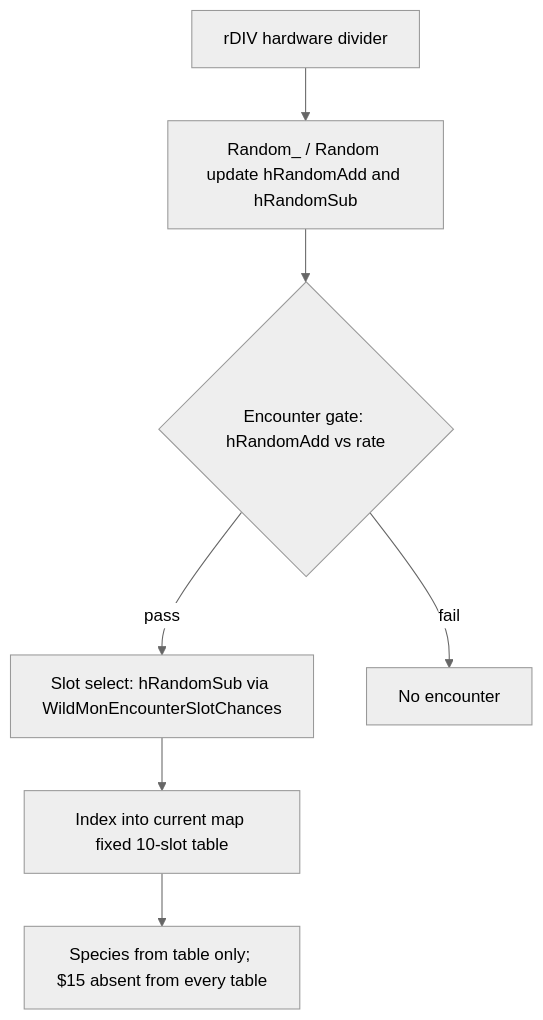
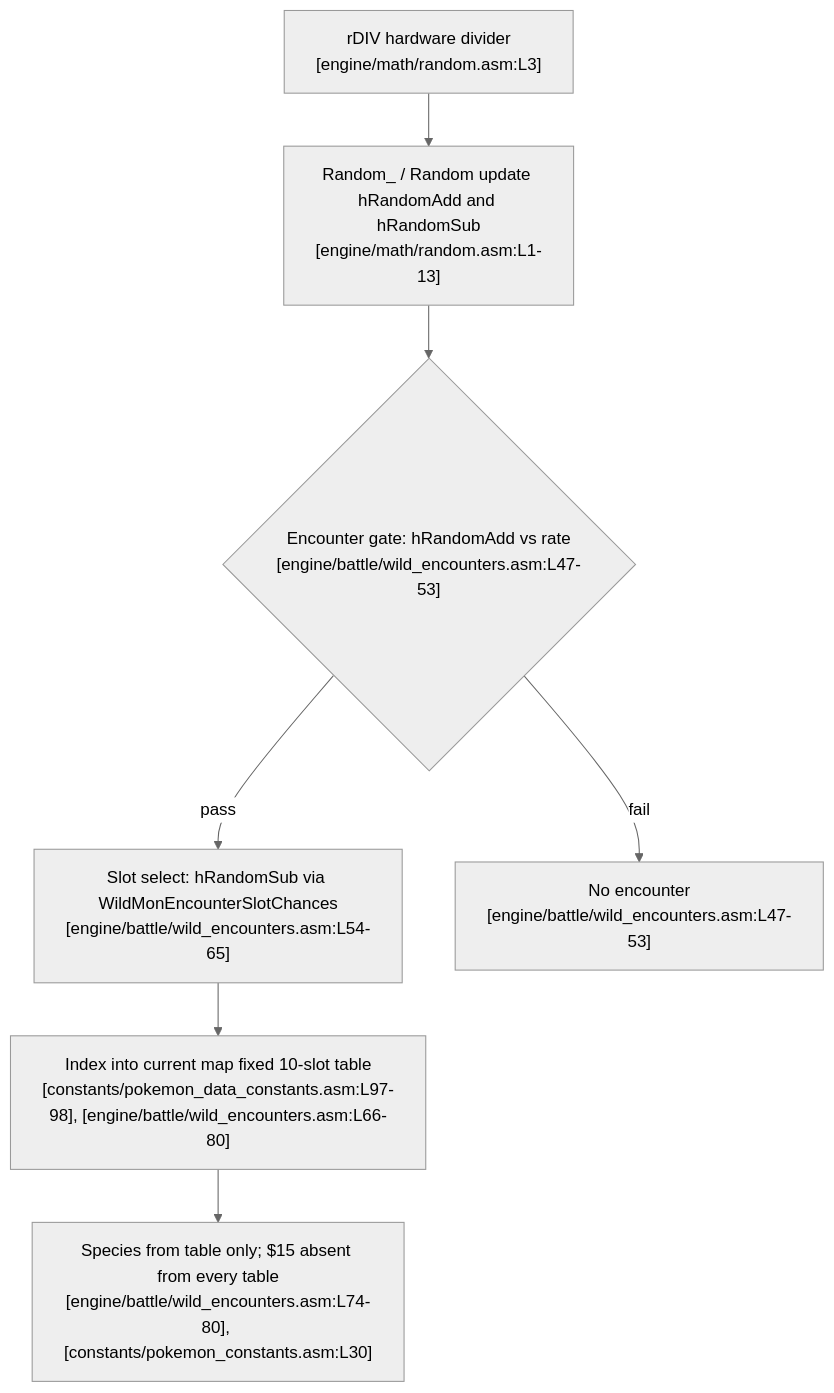
One commit to Blitzy-Sandbox/pokered changed the diagram in docs/mew-acquisition/methods/mf-3-rng-manipulation.md. Above: the diagram before and after it, drawn with Mermaid (neutral theme). The commit also changed 16 other files, not shown here.

````diff
--- a/docs/mew-acquisition/methods/mf-3-rng-manipulation.md
+++ b/docs/mew-acquisition/methods/mf-3-rng-manipulation.md
@@ -64,9 +64,9 @@
 ```mermaid
 flowchart TD
-    A["rDIV hardware divider"] --> B["Random_ / Random update hRandomAdd and hRandomSub"]
-    B --> C{"Encounter gate: hRandomAdd vs rate"}
-    C -->|pass| D["Slot select: hRandomSub via WildMonEncounterSlotChances"]
-    C -->|fail| E["No encounter"]
-    D --> F["Index into current map fixed 10-slot table"]
-    F --> G["Species from table only; $15 absent from every table"]
+    A["rDIV hardware divider<br/>[engine/math/random.asm:L3]"] --> B["Random_ / Random update hRandomAdd and hRandomSub<br/>[engine/math/random.asm:L1-13]"]
+    B --> C{"Encounter gate: hRandomAdd vs rate<br/>[engine/battle/wild_encounters.asm:L47-53]"}
+    C -->|pass| D["Slot select: hRandomSub via WildMonEncounterSlotChances<br/>[engine/battle/wild_encounters.asm:L54-65]"]
+    C -->|fail| E["No encounter<br/>[engine/battle/wild_encounters.asm:L47-53]"]
+    D --> F["Index into current map fixed 10-slot table<br/>[constants/pokemon_data_constants.asm:L97-98], [engine/battle/wild_encounters.asm:L66-80]"]
+    F --> G["Species from table only; $15 absent from every table<br/>[engine/battle/wild_encounters.asm:L74-80], [constants/pokemon_constants.asm:L30]"]
 ```
````
